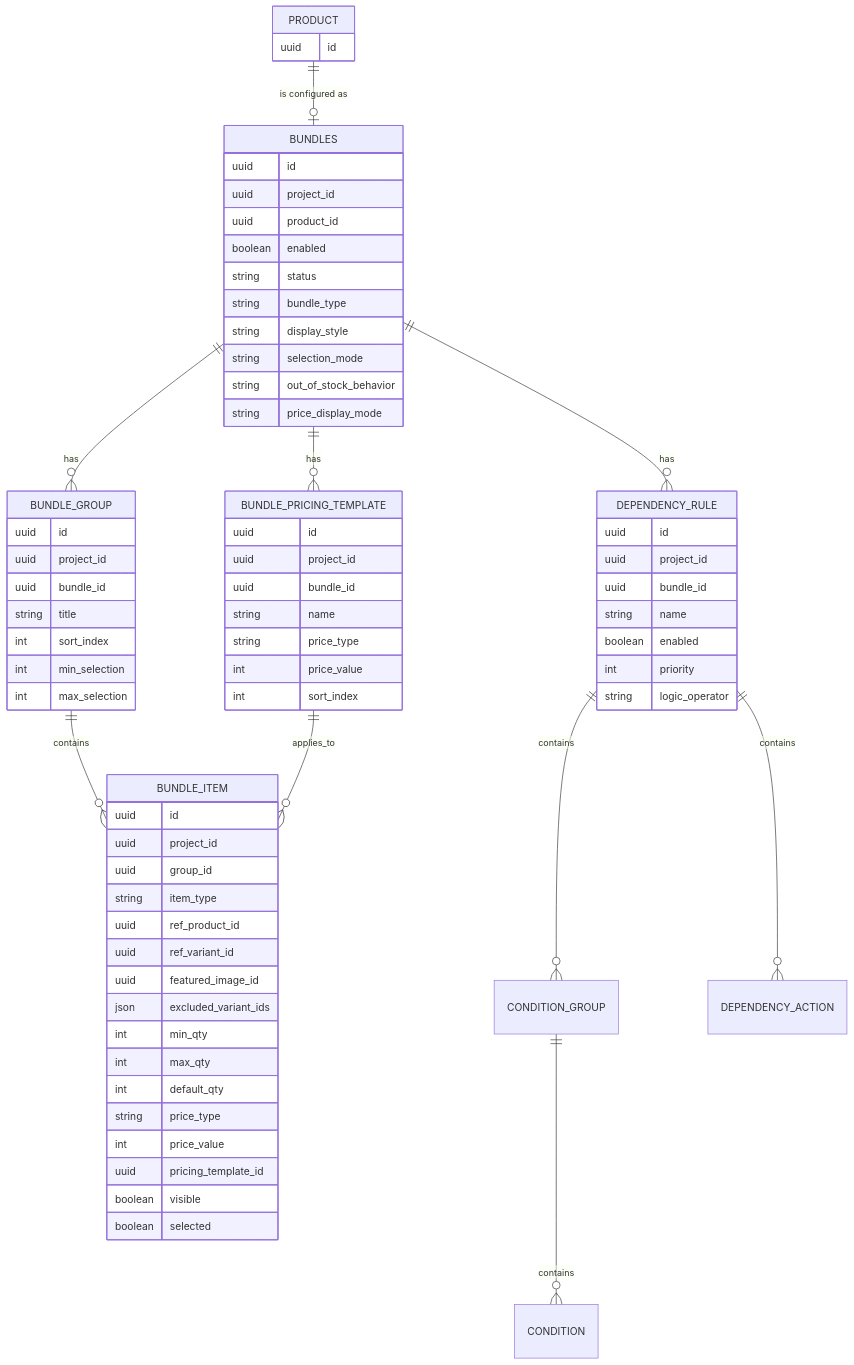
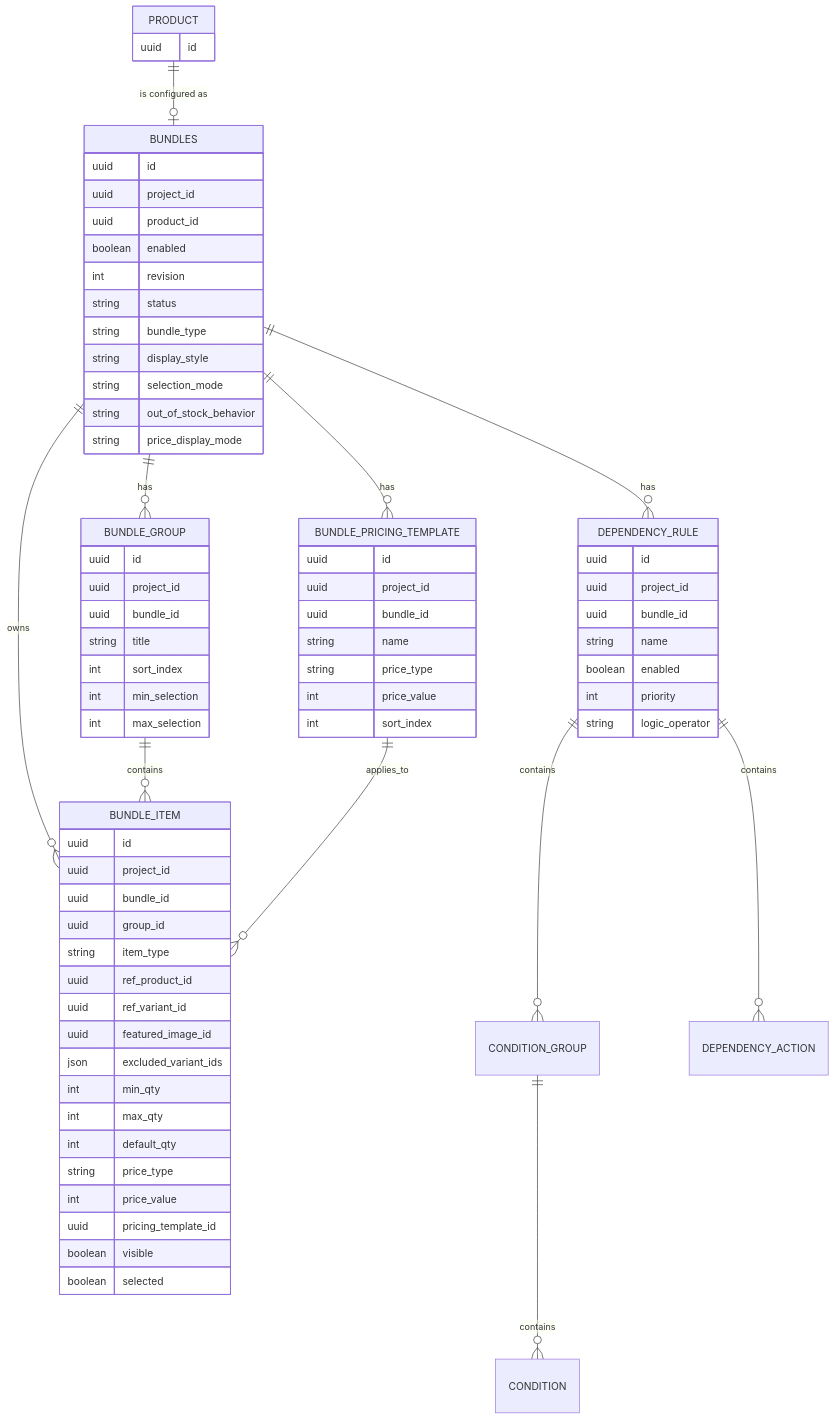
One commit to shopanaio/services changed the second of 2 diagrams in docs/plans/bundles-api-database-plan.md. Above: the diagram before and after it, drawn with Mermaid. The commit also changed other lines of this file, not shown here.

Commit message:
Refine bundle API database plan

```diff
--- a/docs/plans/bundles-api-database-plan.md
+++ b/docs/plans/bundles-api-database-plan.md
@@ -402,6 +454,7 @@
 erDiagram
   PRODUCT ||--o| BUNDLES : "is configured as"
   BUNDLES ||--o{ BUNDLE_GROUP : has
+  BUNDLES ||--o{ BUNDLE_ITEM : owns
   BUNDLES ||--o{ BUNDLE_PRICING_TEMPLATE : has
   BUNDLES ||--o{ DEPENDENCY_RULE : has
 
@@ -421,6 +474,7 @@
     uuid project_id
     uuid product_id
     boolean enabled
+    int revision
     string status
     string bundle_type
     string display_style
@@ -442,6 +496,7 @@
   BUNDLE_ITEM {
     uuid id
     uuid project_id
+    uuid bundle_id
     uuid group_id
     string item_type
     uuid ref_product_id
```
